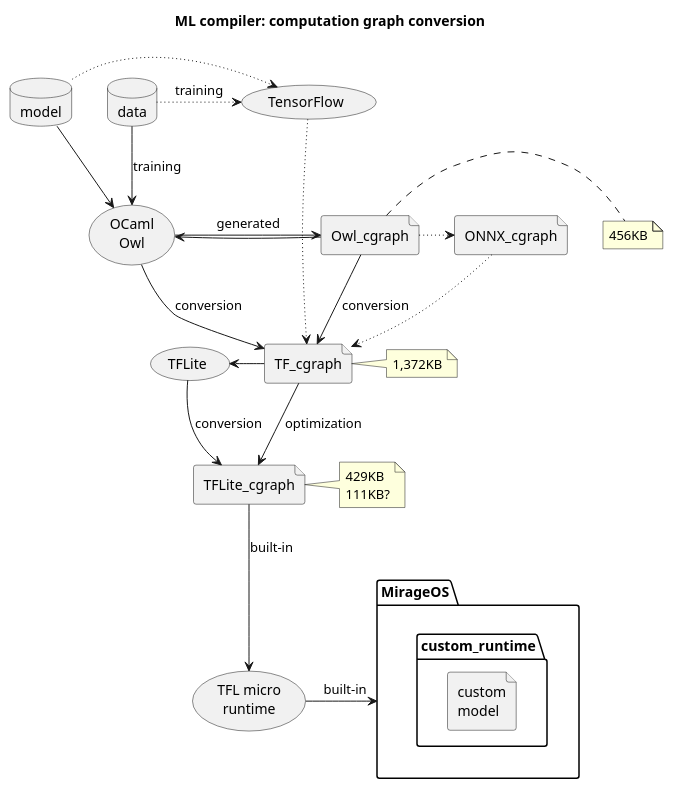
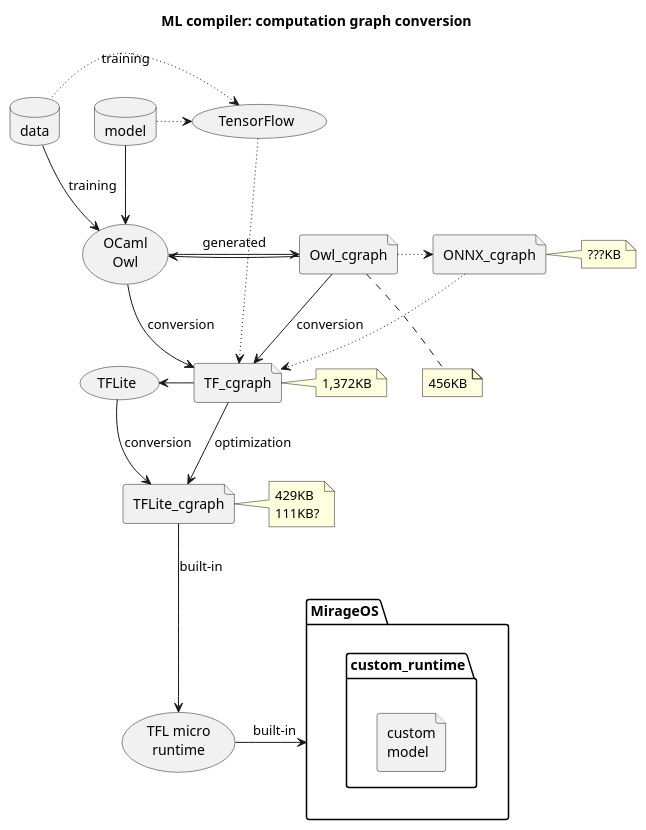
The diagram in convert-uc.puml (doyu/elc2019), drawn with PlantUML before and after one commit. The commit also changed 3 other files, not shown here.

```diff
--- a/convert-uc.puml
+++ b/convert-uc.puml
@@ -1,37 +1,38 @@
 @startuml
 title ML compiler: computation graph conversion
 
 database model
 database data
 file Owl_cgraph
-note right of Owl_cgraph : 456KB
+note bottom of Owl_cgraph : 456KB
 file TF_cgraph
 note right of TF_cgraph : 1,372KB
 file TFLite_cgraph
 note right of TFLite_cgraph : 429KB\n111KB?
 file ONNX_cgraph
+note right of ONNX_cgraph : ???KB
 folder MirageOS {
         folder custom_runtime {
         	file "custom\nmodel"
 	}
 }
 
 Owl_cgraph -down-> TF_cgraph : conversion
 Owl_cgraph .[dotted]> ONNX_cgraph
 ONNX_cgraph .[dotted]> TF_cgraph
 model .[dotted]> (TensorFlow)
 data .[dotted]> (TensorFlow) : training
 (TensorFlow) .[dotted]> TF_cgraph
 TF_cgraph -down-> TFLite_cgraph : optimization
 TFLite_cgraph -down-> (TFL micro\nruntime) : built-in
 (TFL micro\nruntime) -> MirageOS : built-in
 
 model -down-> (OCaml\nOwl)
 data -down-> (OCaml\nOwl) : training
 (OCaml\nOwl) -> Owl_cgraph : generated
 (OCaml\nOwl) <- Owl_cgraph
 (OCaml\nOwl) -> TF_cgraph : conversion
 (TFLite) <- TF_cgraph
 (TFLite) -> TFLite_cgraph : conversion
 
 @enduml
```
